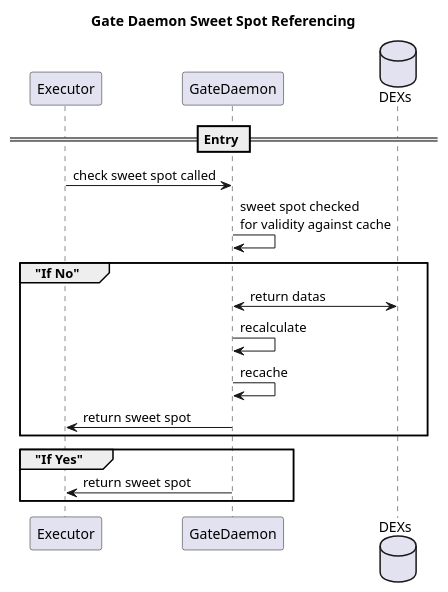
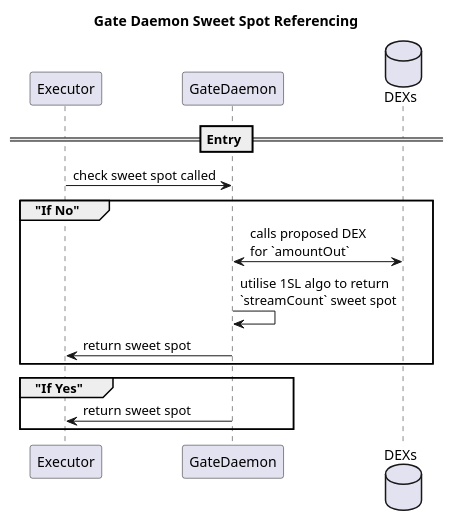
Before and after one commit to 1SLiquidity/core: the diagram in diagrams/flows/util-gate-daemon-sweet-spot-recache.puml, drawn with PlantUML.

Commit message:
fix(arch): moving deterministic calls fully on-chain
summary: previously, the algorithm was explicitly formulating values for stream count. The algorithm has changed to interpolate instead from known variables and constants expressing the mechanics of the sweet spot formula

```diff
--- a/diagrams/flows/util-gate-daemon-sweet-spot-recache.puml
+++ b/diagrams/flows/util-gate-daemon-sweet-spot-recache.puml
@@ -1,21 +1,19 @@
 @startuml BotSettlingProd
 title Gate Daemon Sweet Spot Referencing
 
 participant "Executor" as E
 participant "GateDaemon" as GD
 database "DEXs" as DEX
 
 == Entry ==
 E -> GD: check sweet spot called
-GD -> GD: sweet spot checked\nfor validity against cache
 group "If No"
-GD <-> DEX: return datas
-GD -> GD: recalculate
-GD -> GD: recache
+GD <-> DEX: calls proposed DEX\nfor `amountOut`
+GD -> GD: utilise 1SL algo to return\n`streamCount` sweet spot
 GD -> E: return sweet spot
 end group
 group "If Yes"
 GD -> E: return sweet spot
 end group
 
 @enduml
```
